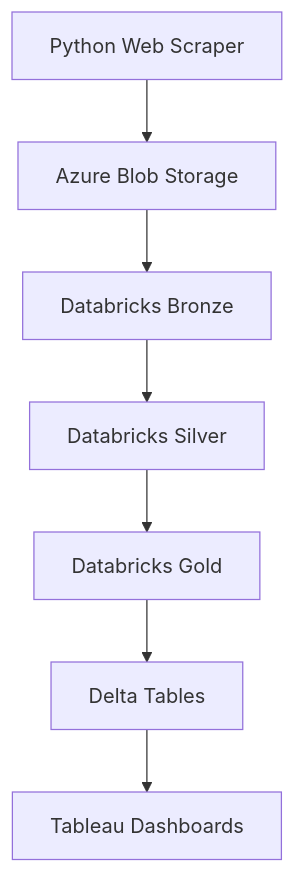
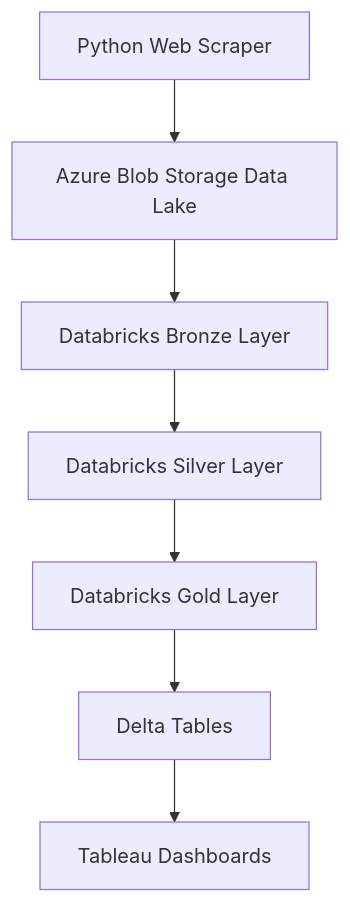
The diagram in README.md (DNDmC/data_engineering_project), drawn with Mermaid before and after one commit. The commit also changed other lines of this file, not shown here.

````diff
--- a/README.md
+++ b/README.md
@@ -43,18 +49,18 @@
 ```mermaid
 flowchart TD
 
 A[Python Web Scraper]
-B[Azure Blob Storage]
-C[Databricks Bronze]
-D[Databricks Silver]
-E[Databricks Gold]
+B[Azure Blob Storage Data Lake]
+C[Databricks Bronze Layer]
+D[Databricks Silver Layer]
+E[Databricks Gold Layer]
 F[Delta Tables]
 G[Tableau Dashboards]
 
 A --> B
 B --> C
 C --> D
 D --> E
 E --> F
 F --> G
 ```
````
